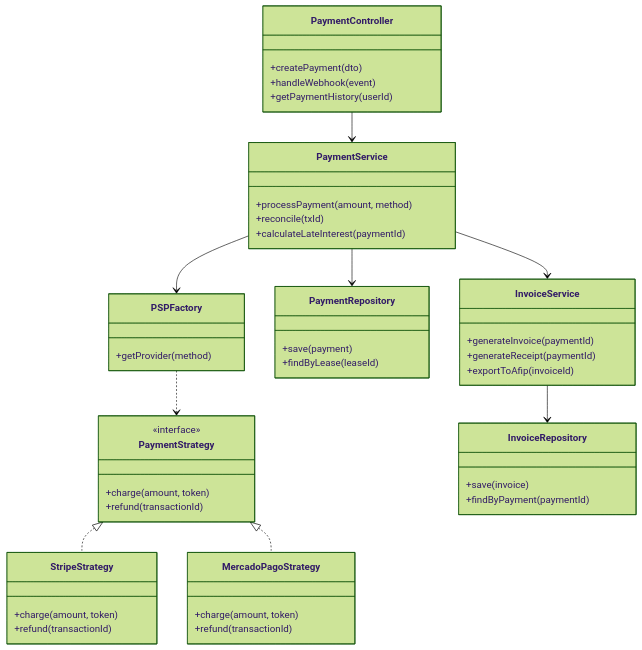
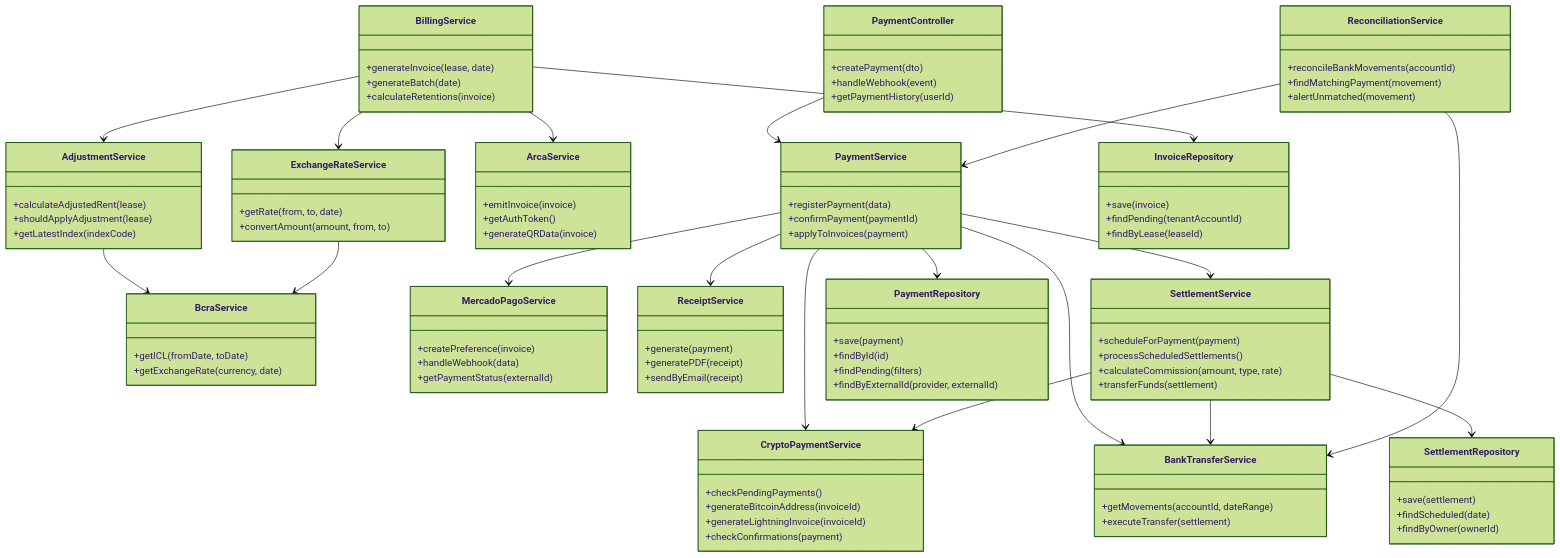
Before and after one commit to andrescastiglia/rent: diagram 15 of 18 in docs/technical/c4-model.md, drawn with Mermaid (forest theme). The commit also changed other lines of this file and 65 other files, not shown here.

````diff
--- a/docs/technical/c4-model.md
+++ b/docs/technical/c4-model.md
@@ -583,5 +665,30 @@
 ```mermaid
 classDiagram
+    %% Billing Module
+    class BillingService {
+        +generateInvoice(lease, date)
+        +generateBatch(date)
+        +calculateRetentions(invoice)
+    }
+    class AdjustmentService {
+        +calculateAdjustedRent(lease)
+        +shouldApplyAdjustment(lease)
+        +getLatestIndex(indexCode)
+    }
+    class ExchangeRateService {
+        +getRate(from, to, date)
+        +convertAmount(amount, from, to)
+    }
+    class ArcaService {
+        +emitInvoice(invoice)
+        +getAuthToken()
+        +generateQRData(invoice)
+    }
+    class BcraService {
+        +getICL(fromDate, toDate)
+        +getExchangeRate(currency, date)
+    }
+
     %% Payment Module
     class PaymentController {
         +createPayment(dto)
@@ -589,49 +696,83 @@
         +getPaymentHistory(userId)
     }
     class PaymentService {
-        +processPayment(amount, method)
-        +reconcile(txId)
-        +calculateLateInterest(paymentId)
+        +registerPayment(data)
+        +confirmPayment(paymentId)
+        +applyToInvoices(payment)
     }
-    class PSPFactory {
-        +getProvider(method)
+    class MercadoPagoService {
+        +createPreference(invoice)
+        +handleWebhook(data)
+        +getPaymentStatus(externalId)
     }
-    class PaymentStrategy {
-        <<interface>>
-        +charge(amount, token)
-        +refund(transactionId)
+    class CryptoPaymentService {
+        +checkPendingPayments()
+        +generateBitcoinAddress(invoiceId)
+        +generateLightningInvoice(invoiceId)
+        +checkConfirmations(payment)
     }
-    class StripeStrategy {
-        +charge(amount, token)
-        +refund(transactionId)
+    class BankTransferService {
+        +getMovements(accountId, dateRange)
+        +executeTransfer(settlement)
     }
-    class MercadoPagoStrategy {
-        +charge(amount, token)
-        +refund(transactionId)
+    class ReceiptService {
+        +generate(payment)
+        +generatePDF(receipt)
+        +sendByEmail(receipt)
+    }
+
+    %% Settlement Module
+    class SettlementService {
+        +scheduleForPayment(payment)
+        +processScheduledSettlements()
+        +calculateCommission(amount, type, rate)
+        +transferFunds(settlement)
+    }
+    class ReconciliationService {
+        +reconcileBankMovements(accountId)
+        +findMatchingPayment(movement)
+        +alertUnmatched(movement)
+    }
+
+    %% Repositories
+    class InvoiceRepository {
+        +save(invoice)
+        +findPending(tenantAccountId)
+        +findByLease(leaseId)
     }
     class PaymentRepository {
         +save(payment)
-        +findByLease(leaseId)
+        +findById(id)
+        +findPending(filters)
+        +findByExternalId(provider, externalId)
+    }
+    class SettlementRepository {
+        +save(settlement)
+        +findScheduled(date)
+        +findByOwner(ownerId)
     }
 
-    %% Invoice Module
-    class InvoiceService {
-        +generateInvoice(paymentId)
-        +generateReceipt(paymentId)
-        +exportToAfip(invoiceId)
-    }
-    class InvoiceRepository {
-        +save(invoice)
-        +findByPayment(paymentId)
-    }
+    %% Relationships - Billing
+    BillingService --> AdjustmentService
+    BillingService --> ExchangeRateService
+    BillingService --> ArcaService
+    BillingService --> InvoiceRepository
+    AdjustmentService --> BcraService
+    ExchangeRateService --> BcraService
 
-    %% Relationships
+    %% Relationships - Payments
     PaymentController --> PaymentService
     PaymentService --> PaymentRepository
-    PaymentService --> PSPFactory
-    PaymentService --> InvoiceService
-    PSPFactory ..> PaymentStrategy
-    PaymentStrategy <|.. StripeStrategy
-    PaymentStrategy <|.. MercadoPagoStrategy
-    InvoiceService --> InvoiceRepository
+    PaymentService --> MercadoPagoService
+    PaymentService --> CryptoPaymentService
+    PaymentService --> BankTransferService
+    PaymentService --> ReceiptService
+    PaymentService --> SettlementService
+
+    %% Relationships - Settlements
+    SettlementService --> SettlementRepository
+    SettlementService --> BankTransferService
+    SettlementService --> CryptoPaymentService
+    ReconciliationService --> BankTransferService
+    ReconciliationService --> PaymentService
 ```
````
